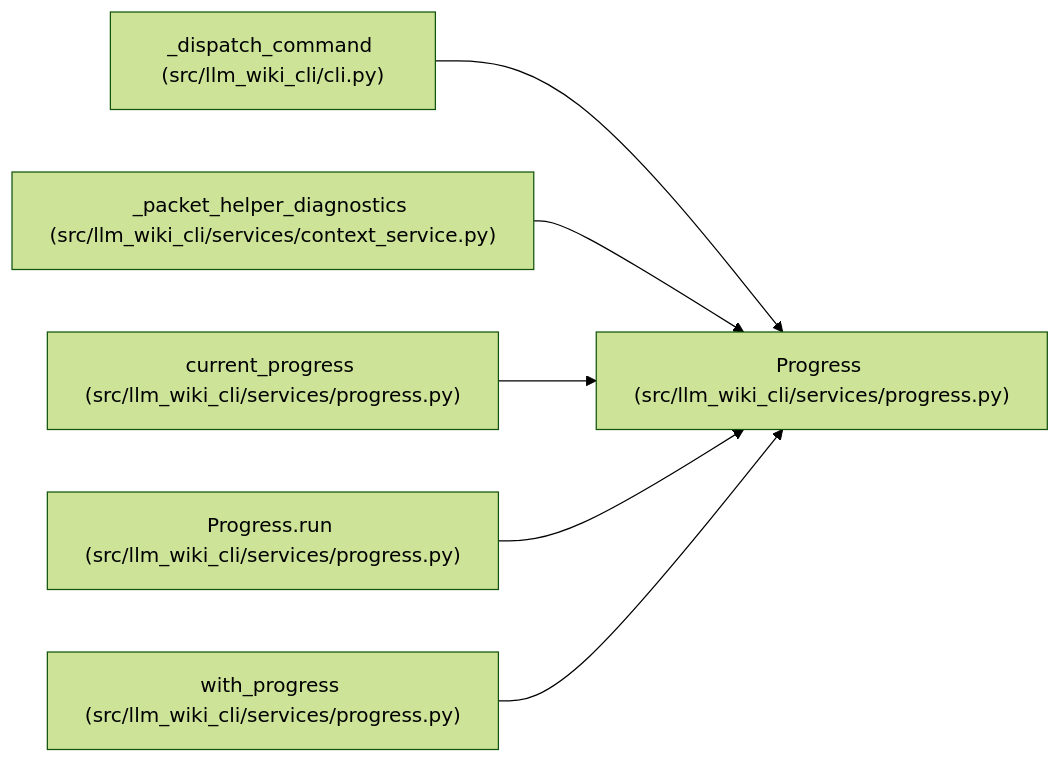
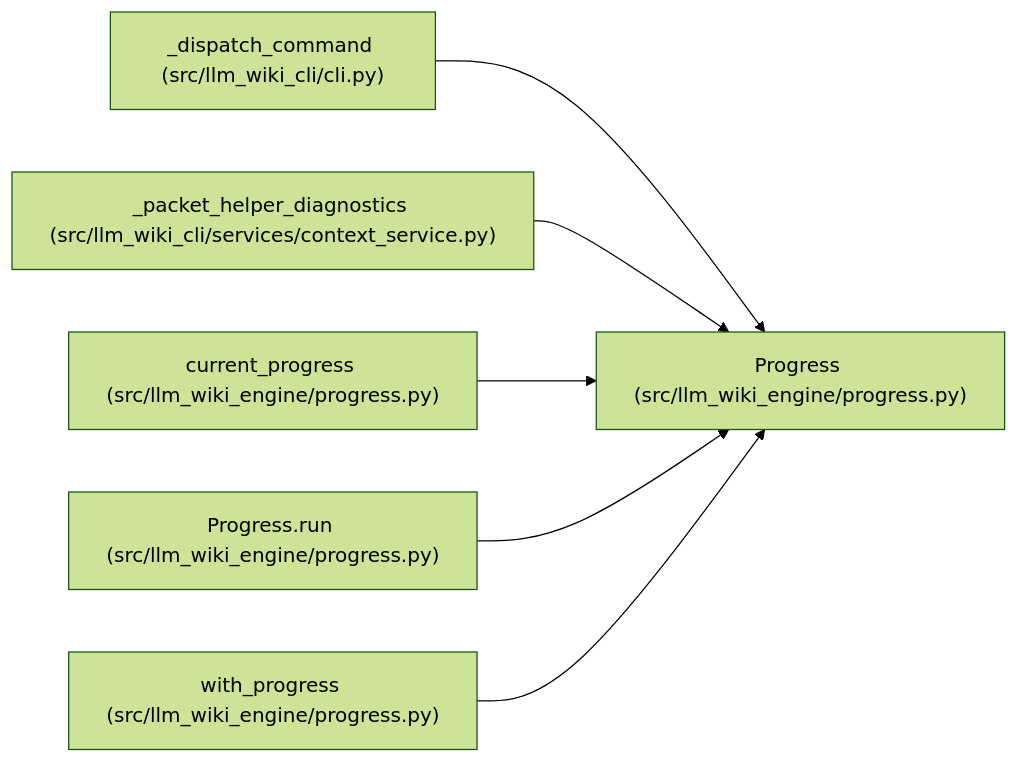
The diagram in docs/llm_wiki/entities/Progress.md (Denissvgn/python-wiki-llm), drawn with Mermaid (forest theme) before and after one commit. The commit also changed other lines of this file and 1103 other files, not shown here.

First line of the commit message:
docs: refresh the wiki for the llm-wiki-engine distribution

````diff
--- a/docs/llm_wiki/entities/Progress.md
+++ b/docs/llm_wiki/entities/Progress.md
@@ -31,20 +31,20 @@
 ```mermaid
 flowchart LR
-    n0["Progress (src/llm_wiki_cli/services/progress.py)"]
+    n0["Progress (src/llm_wiki_engine/progress.py)"]
     n1["_dispatch_command (src/llm_wiki_cli/cli.py)"]
     n2["_packet_helper_diagnostics (src/llm_wiki_cli/services/context_service.py)"]
-    n3["current_progress (src/llm_wiki_cli/services/progress.py)"]
-    n4["Progress.run (src/llm_wiki_cli/services/progress.py)"]
-    n5["with_progress (src/llm_wiki_cli/services/progress.py)"]
+    n3["current_progress (src/llm_wiki_engine/progress.py)"]
+    n4["Progress.run (src/llm_wiki_engine/progress.py)"]
+    n5["with_progress (src/llm_wiki_engine/progress.py)"]
     n1 --> n0
     n2 --> n0
     n3 --> n0
     n4 --> n0
     n5 --> n0
     click n0 "../modules/progress.md"
     click n1 "../modules/cli.md"
     click n2 "../modules/context_service.md"
     click n3 "../modules/progress.md"
     click n4 "../modules/progress.md"
     click n5 "../modules/progress.md"
 ```
````
